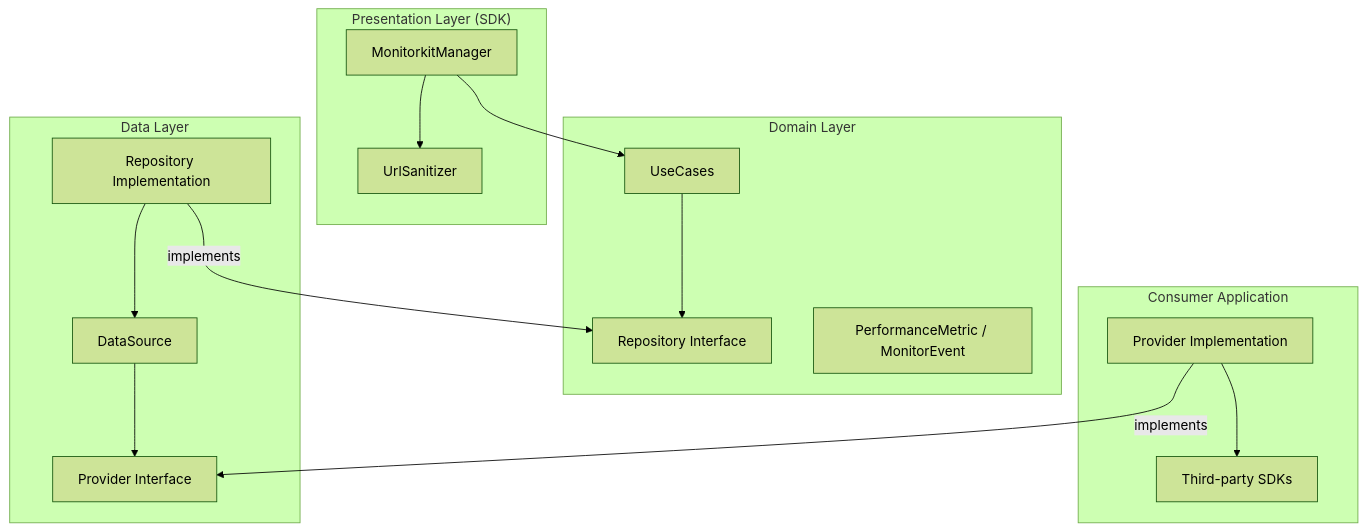
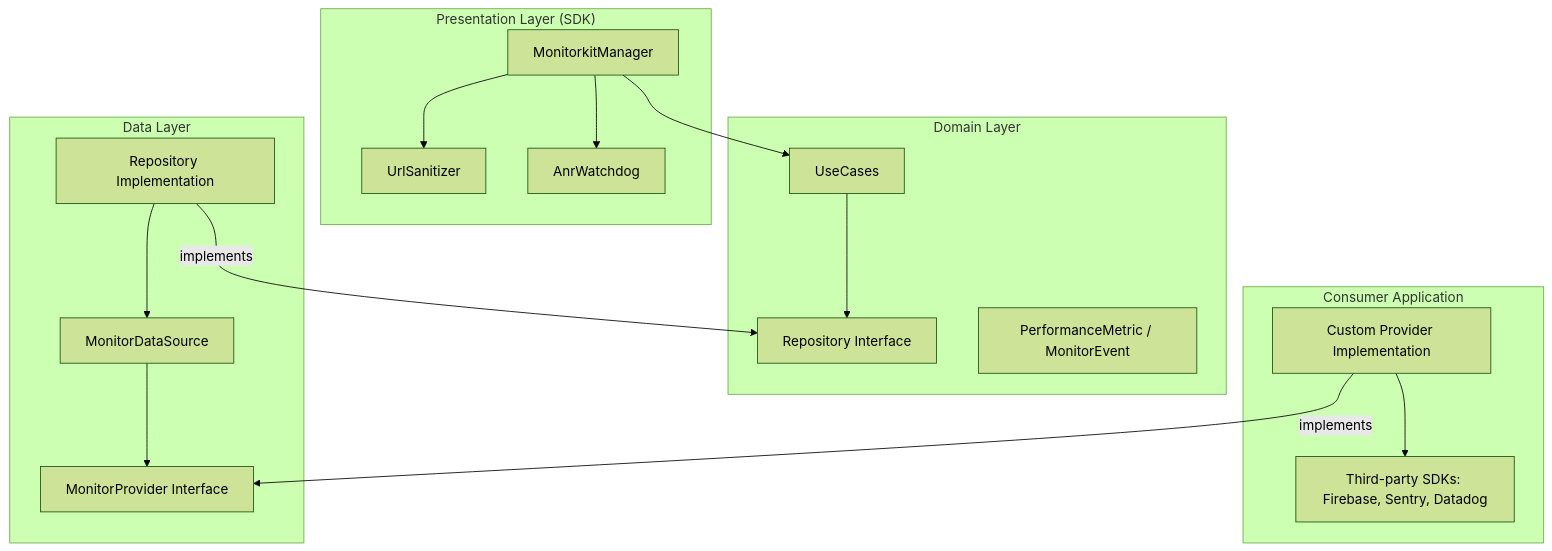
The diagram in README.md (joshluq/monitorkit-android), drawn with Mermaid (forest theme) before and after one commit. The commit also changed other lines of this file and 10 other files, not shown here.

First line of the commit message:
add ANR watchdog and new performance metrics for Jank, ANR, and AppStart

````diff
--- a/README.md
+++ b/README.md
@@ -24,33 +29,35 @@
 ```mermaid
 graph TD
     subgraph "Presentation Layer (SDK)"
         M[MonitorkitManager]
         S[UrlSanitizer]
+        W[AnrWatchdog]
     end
 
     subgraph "Domain Layer"
         UC[UseCases]
         R[Repository Interface]
         MOD[PerformanceMetric / MonitorEvent]
     end
 
     subgraph "Data Layer"
         RepoImpl[Repository Implementation]
-        DS[DataSource]
-        P[Provider Interface]
+        DS[MonitorDataSource]
+        P[MonitorProvider Interface]
     end
 
     subgraph "Consumer Application"
-        ImplP[Provider Implementation]
-        ExtLib[Third-party SDKs]
+        ImplP[Custom Provider Implementation]
+        ExtLib[Third-party SDKs: Firebase, Sentry, Datadog]
     end
 
     M --> S
+    M --> W
     M --> UC
     UC --> R
     RepoImpl -- implements --> R
     RepoImpl --> DS
     DS --> P
     ImplP -- implements --> P
     ImplP --> ExtLib
 ```
````
